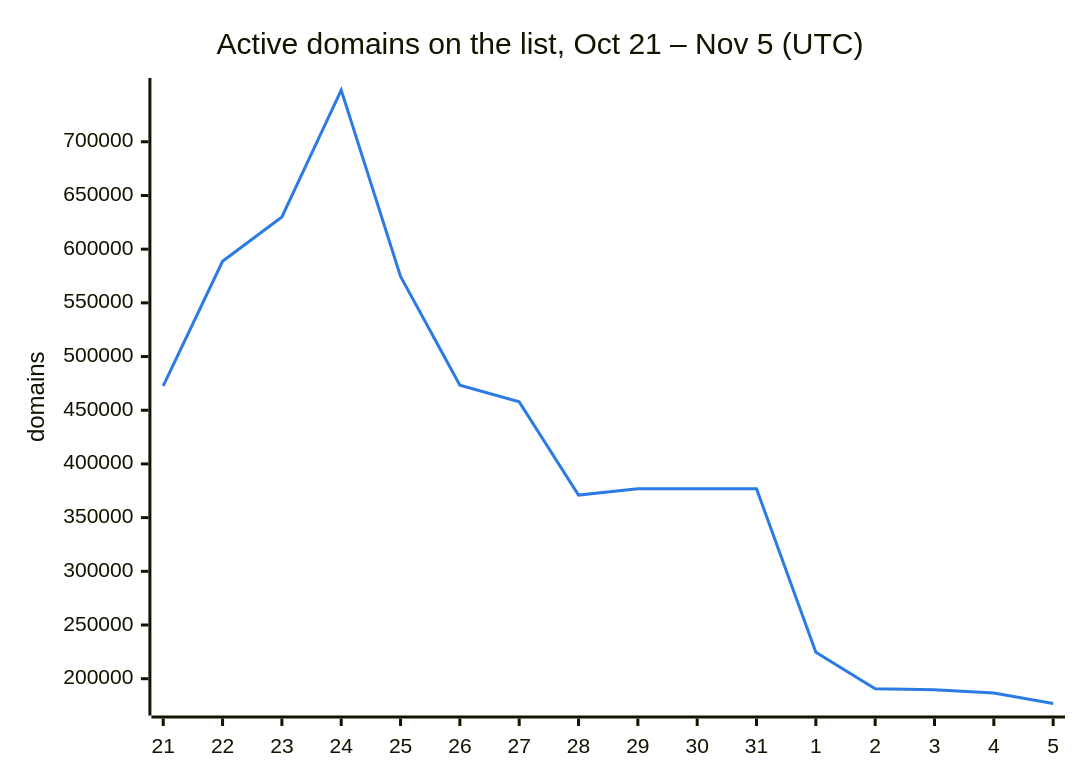
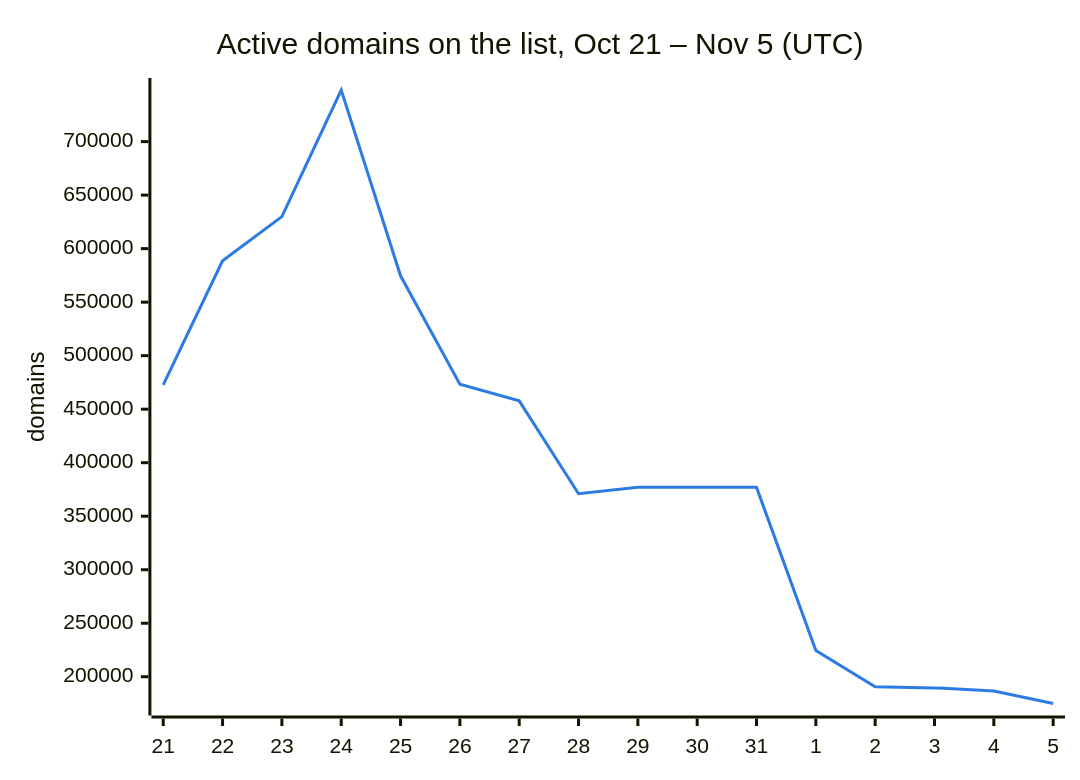
One commit to DNSBunker/CTI changed the second of 3 diagrams in README.md. Above: the diagram before and after it, drawn with Mermaid. The commit also changed other lines of this file and 3 other files, not shown here.

````diff
--- a/README.md
+++ b/README.md
@@ -38,8 +38,8 @@
 ```mermaid
 %%{init: {"themeVariables": {"xyChart": {"plotColorPalette": "#2c7be5"}}}}%%
 xychart-beta
     title "Active domains on the list, Oct 21 – Nov 5 (UTC)"
     x-axis ["21", "22", "23", "24", "25", "26", "27", "28", "29", "30", "31", "1", "2", "3", "4", "5"]
     y-axis "domains"
-    line [472713, 588659, 629951, 748222, 574614, 473331, 457795, 371010, 376945, 376945, 376945, 224607, 190603, 189609, 186630, 176900]
+    line [472713, 588659, 629951, 748222, 574614, 473331, 457795, 371010, 376945, 376945, 376945, 224607, 190603, 189609, 186630, 175011]
 ```
````
